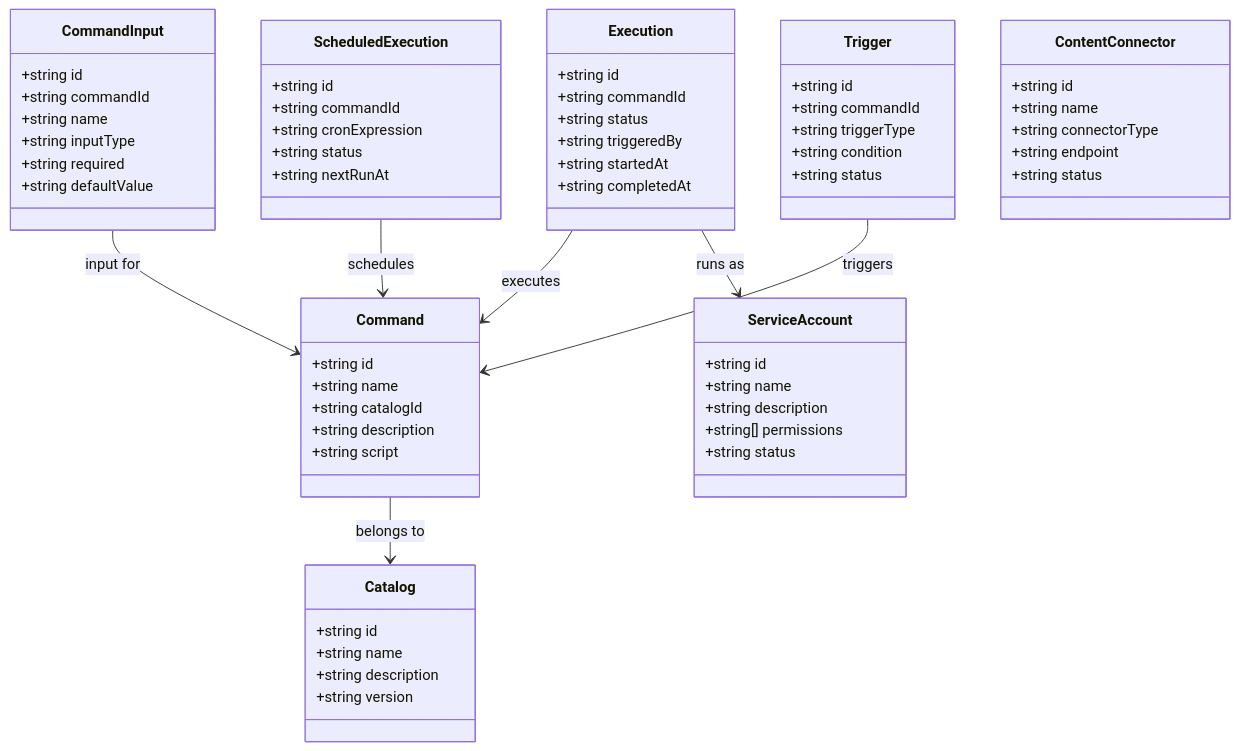
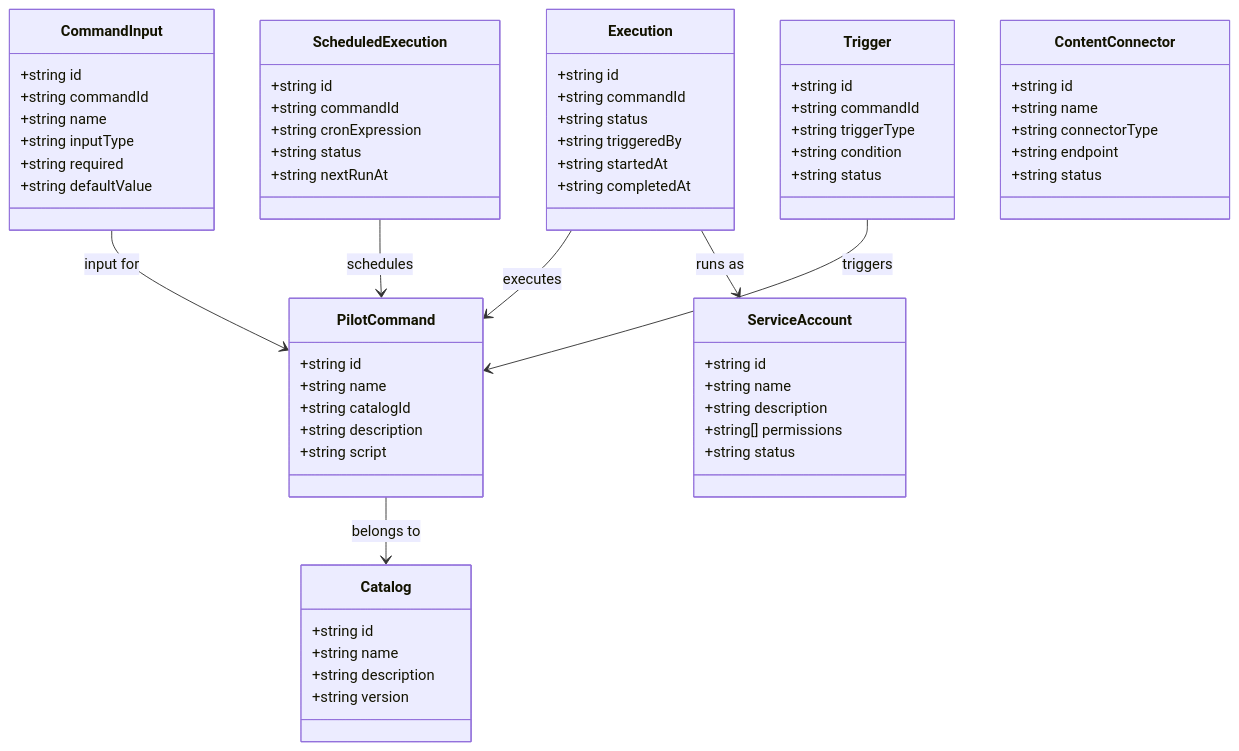
One commit to UIMSolutions/uim-platform changed the first of 3 diagrams in automation-pilot/UML.md. Above: the diagram before and after it, drawn with Mermaid. The commit also changed other lines of this file and 125 other files, not shown here.

````diff
--- a/automation-pilot/UML.md
+++ b/automation-pilot/UML.md
@@ -10,67 +10,67 @@
 ```mermaid
 classDiagram
-    class Command {
+    class PilotCommand {
         +string id
         +string name
         +string catalogId
         +string description
         +string script
     }
     class CommandInput {
         +string id
         +string commandId
         +string name
         +string inputType
         +string required
         +string defaultValue
     }
     class Catalog {
         +string id
         +string name
         +string description
         +string version
     }
     class Execution {
         +string id
         +string commandId
         +string status
         +string triggeredBy
         +string startedAt
         +string completedAt
     }
     class ScheduledExecution {
         +string id
         +string commandId
         +string cronExpression
         +string status
         +string nextRunAt
     }
     class Trigger {
         +string id
         +string commandId
         +string triggerType
         +string condition
         +string status
     }
     class ServiceAccount {
         +string id
         +string name
         +string description
         +string[] permissions
         +string status
     }
     class ContentConnector {
         +string id
         +string name
         +string connectorType
         +string endpoint
         +string status
     }
 
-    Command --> Catalog : belongs to
-    CommandInput --> Command : input for
-    Execution --> Command : executes
-    ScheduledExecution --> Command : schedules
-    Trigger --> Command : triggers
+    PilotCommand --> Catalog : belongs to
+    CommandInput --> PilotCommand : input for
+    Execution --> PilotCommand : executes
+    ScheduledExecution --> PilotCommand : schedules
+    Trigger --> PilotCommand : triggers
     Execution --> ServiceAccount : runs as
 ```
````
